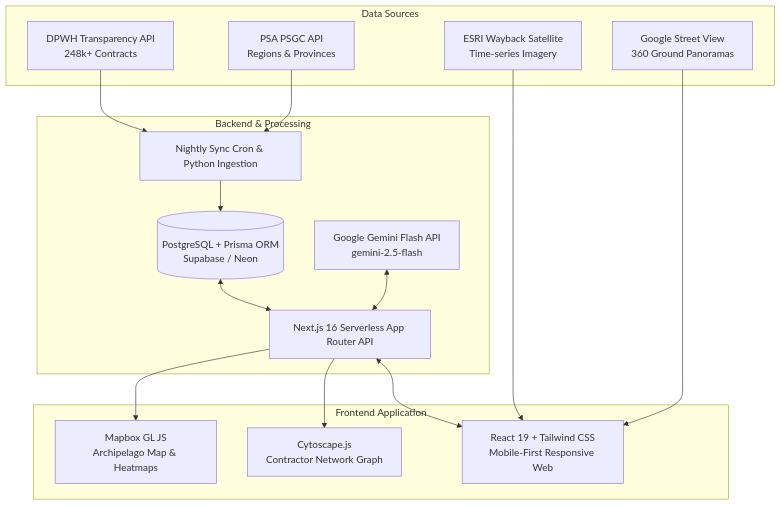
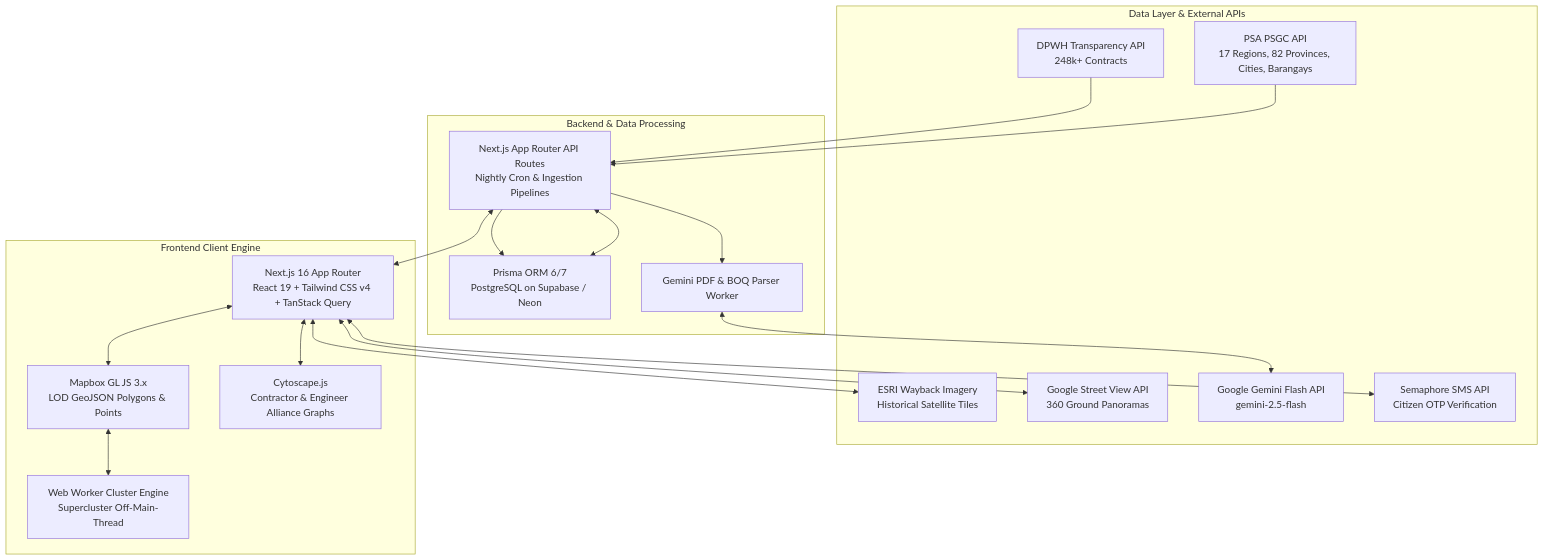
The first of 2 diagrams in PHILTRACE_DOCUMENTATION.md (EsBazza/PhilTrace), drawn with Mermaid before and after one commit. The commit also changed other lines of this file and 22 other files, not shown here.

````diff
--- a/PHILTRACE_DOCUMENTATION.md
+++ b/PHILTRACE_DOCUMENTATION.md
@@ -49,33 +55,38 @@
 ```mermaid
 graph TD
-    subgraph Data Sources
-        DPWH[DPWH Transparency API<br>248k+ Contracts]
-        PSGC[PSA PSGC API<br>Regions & Provinces]
-        ESRI[ESRI Wayback Satellite<br>Time-series Imagery]
-        GSV[Google Street View<br>360 Ground Panoramas]
+    subgraph Data Layer & External APIs
+        DPWH[DPWH Transparency API<br/>248k+ Contracts]
+        PSGC[PSA PSGC API<br/>17 Regions, 82 Provinces, Cities, Barangays]
+        ESRI[ESRI Wayback Imagery<br/>Historical Satellite Tiles]
+        GSV[Google Street View API<br/>360 Ground Panoramas]
+        GEMINI_API[Google Gemini Flash API<br/>gemini-2.5-flash]
+        SEMAPHORE[Semaphore SMS API<br/>Citizen OTP Verification]
     end
 
-    subgraph Backend & Processing
-        SYNC[Nightly Sync Cron & Python Ingestion]
-        API[Next.js 16 Serverless App Router API]
-        PG[(PostgreSQL + Prisma ORM<br>Supabase / Neon)]
-        GEMINI[Google Gemini Flash API<br>gemini-2.5-flash]
+    subgraph Backend & Data Processing
+        PRISMA[Prisma ORM 6/7<br/>PostgreSQL on Supabase / Neon]
+        CRON[Next.js App Router API Routes<br/>Nightly Cron & Ingestion Pipelines]
+        PARSER[Gemini PDF & BOQ Parser Worker]
     end
 
-    subgraph Frontend Application
-        MAP[Mapbox GL JS<br>Archipelago Map & Heatmaps]
-        CYTO[Cytoscape.js<br>Contractor Network Graph]
-        UI[React 19 + Tailwind CSS<br>Mobile-First Responsive Web]
+    subgraph Frontend Client Engine
+        MAPBOX[Mapbox GL JS 3.x<br/>LOD GeoJSON Polygons & Points]
+        WORKER[Web Worker Cluster Engine<br/>Supercluster Off-Main-Thread]
+        CYTO[Cytoscape.js<br/>Contractor & Engineer Alliance Graphs]
+        REACT[Next.js 16 App Router<br/>React 19 + Tailwind CSS v4 + TanStack Query]
     end
 
-    DPWH --> SYNC
-    PSGC --> SYNC
-    SYNC --> PG
-    PG <--> API
-    API <--> UI
-    GEMINI <--> API
-    ESRI --> UI
-    GSV --> UI
-    API --> MAP
-    API --> CYTO
+    DPWH --> CRON
+    PSGC --> CRON
+    CRON --> PRISMA
+    PRISMA <--> CRON
+    CRON --> PARSER
+    PARSER <--> GEMINI_API
+    CRON <--> REACT
+    REACT <--> MAPBOX
+    MAPBOX <--> WORKER
+    REACT <--> CYTO
+    REACT <--> ESRI
+    REACT <--> GSV
+    REACT <--> SEMAPHORE
 ```
````
